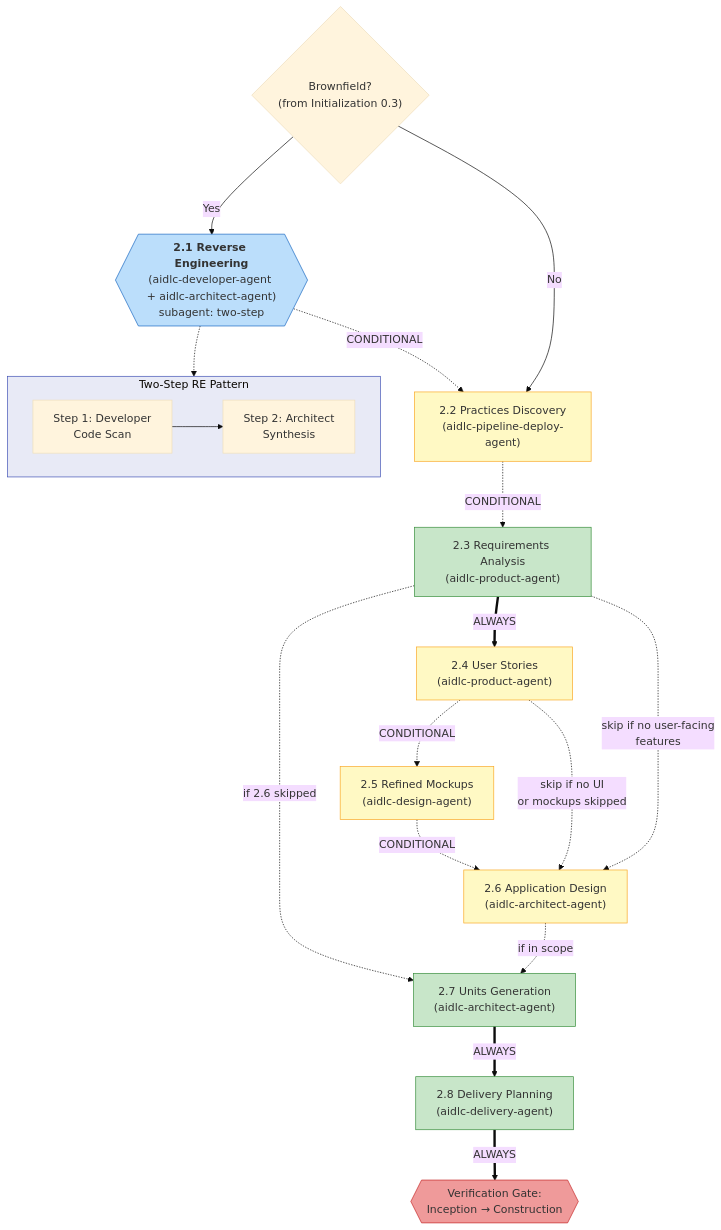
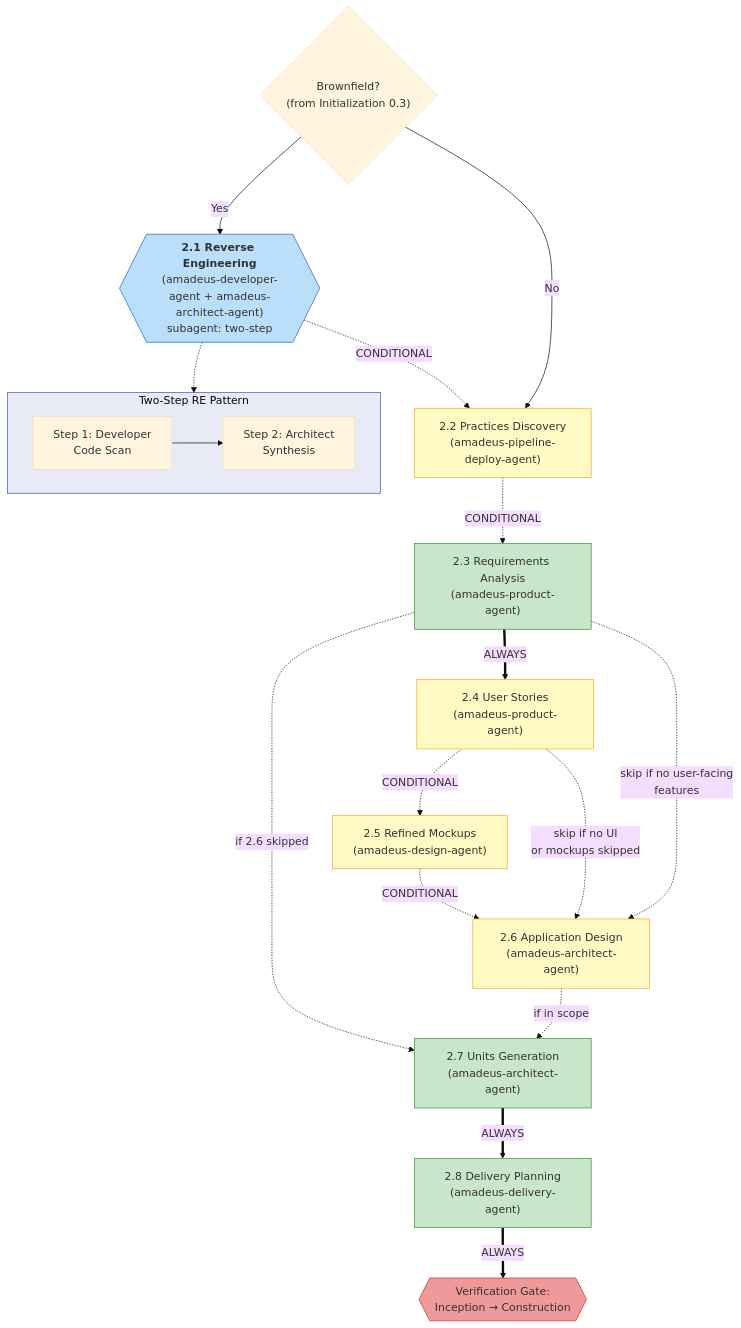
One commit to amadeus-dlc/amadeus changed the third of 6 diagrams in docs/guide/04-phases-and-stages.md. Above: the diagram before and after it, drawn with Mermaid (base theme). The commit also changed other lines of this file and 855 other files, not shown here.

Commit message:
refactor: rename aidlc prefixes to amadeus

````diff
--- a/docs/guide/04-phases-and-stages.md
+++ b/docs/guide/04-phases-and-stages.md
@@ -143,50 +143,50 @@
 ```mermaid
 flowchart TD
     S21{{"`**2.1 Reverse Engineering**
-    (aidlc-developer-agent + aidlc-architect-agent)
+    (amadeus-developer-agent + amadeus-architect-agent)
     subagent: two-step`"}}
-    S2P["2.2 Practices Discovery\n(aidlc-pipeline-deploy-agent)"]
-    S22["2.3 Requirements Analysis\n(aidlc-product-agent)"]
-    S23["2.4 User Stories\n(aidlc-product-agent)"]
-    S24["2.5 Refined Mockups\n(aidlc-design-agent)"]
-    S25["2.6 Application Design\n(aidlc-architect-agent)"]
-    S26["2.7 Units Generation\n(aidlc-architect-agent)"]
-    S27["2.8 Delivery Planning\n(aidlc-delivery-agent)"]
+    S2P["2.2 Practices Discovery\n(amadeus-pipeline-deploy-agent)"]
+    S22["2.3 Requirements Analysis\n(amadeus-product-agent)"]
+    S23["2.4 User Stories\n(amadeus-product-agent)"]
+    S24["2.5 Refined Mockups\n(amadeus-design-agent)"]
+    S25["2.6 Application Design\n(amadeus-architect-agent)"]
+    S26["2.7 Units Generation\n(amadeus-architect-agent)"]
+    S27["2.8 Delivery Planning\n(amadeus-delivery-agent)"]
     VG2{{"Verification Gate:\nInception → Construction"}}
 
     BF_CHECK{"Brownfield?\n(from Initialization 0.3)"}
     BF_CHECK -->|Yes| S21
     BF_CHECK -->|No| S2P
     S21 -.->|CONDITIONAL| S2P
     S2P -.->|CONDITIONAL| S22
 
     subgraph RE_DETAIL["Two-Step RE Pattern"]
         direction LR
         DEV_SCAN["Step 1: Developer\nCode Scan"]
         ARCH_SYNTH["Step 2: Architect\nSynthesis"]
         DEV_SCAN --> ARCH_SYNTH
     end
 
     S21 -.-> RE_DETAIL
 
     S22 ==>|ALWAYS| S23
     S22 -.->|"skip if no user-facing\nfeatures"| S25
     S23 -.->|CONDITIONAL| S24
     S23 -.->|"skip if no UI\nor mockups skipped"| S25
     S24 -.->|CONDITIONAL| S25
     S25 -.->|"if in scope"| S26
     S22 -.->|"if 2.6 skipped"| S26
     S26 ==>|ALWAYS| S27
     S27 ==>|ALWAYS| VG2
 
     style S21 fill:#bbdefb,stroke:#1565c0
     style S2P fill:#fff9c4,stroke:#f9a825
     style S22 fill:#c8e6c9,stroke:#388e3c
     style S26 fill:#c8e6c9,stroke:#388e3c
     style S27 fill:#c8e6c9,stroke:#388e3c
     style S23 fill:#fff9c4,stroke:#f9a825
     style S24 fill:#fff9c4,stroke:#f9a825
     style S25 fill:#fff9c4,stroke:#f9a825
     style VG2 fill:#ef9a9a,stroke:#c62828
     style RE_DETAIL fill:#e8eaf6,stroke:#3f51b5
 ```
````
